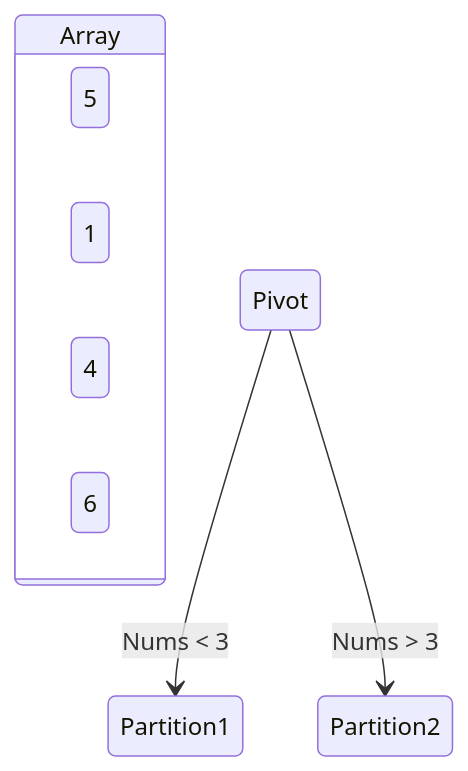
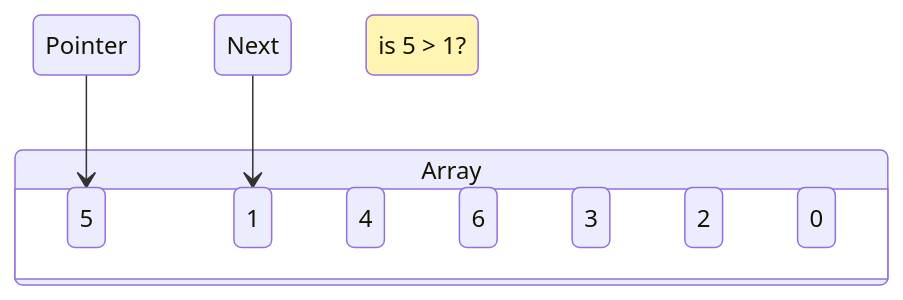
Diagram 13 of 17 in docs/cs2430_CodingCadets_p1_Report.md (AegeanGrey/ProgrammingProject0_CS-2430), drawn with Mermaid before and after one commit. The commit also changed other lines of this file, not shown here.

Commit message:
Proper Quicksort Diagram Changes

````diff
--- a/docs/cs2430_CodingCadets_p1_Report.md
+++ b/docs/cs2430_CodingCadets_p1_Report.md
@@ -416,16 +416,20 @@
 ```mermaid
 stateDiagram-v2
 	classDef note fill:#fff4b1
 
     direction TB
     state Array {
 	    direction LR
         five: 5
         one: 1
         four: 4
         six: 6
+        three: 3
+        two: 2
+        zero: 0
     }
-    
-    Pivot --> Partition1: Nums < 3
-    Pivot --> Partition2: Nums > 3
+    Pointer --> five
+    Next --> one
+    Note: is 5 > 1?
+    class Note note
 ```
````
